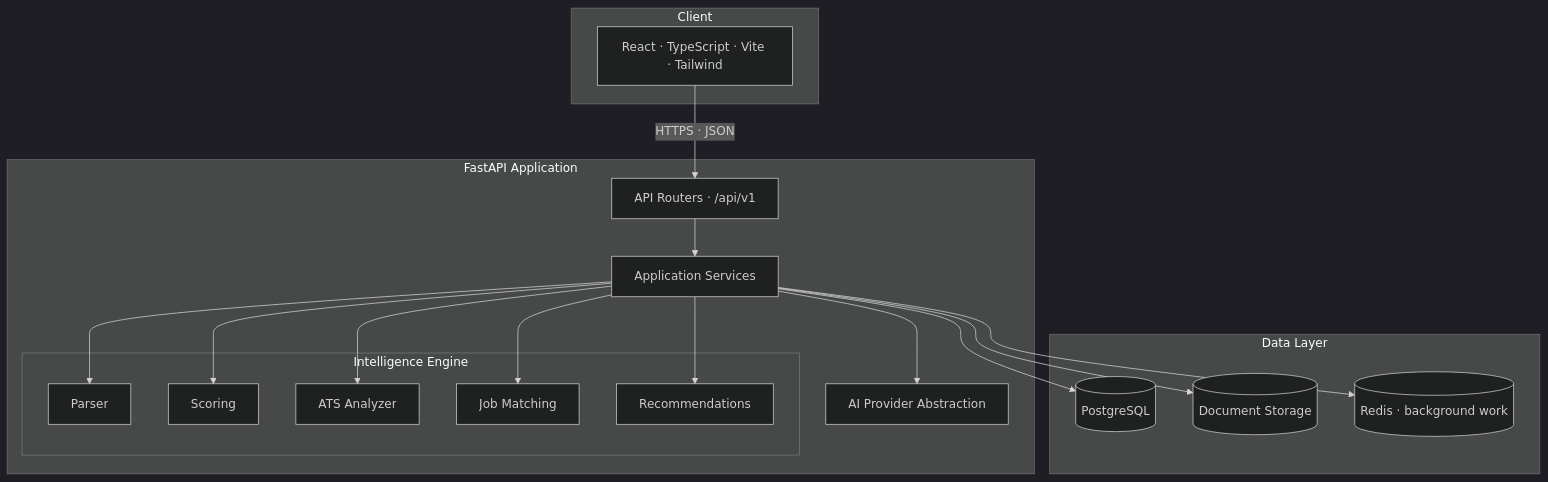
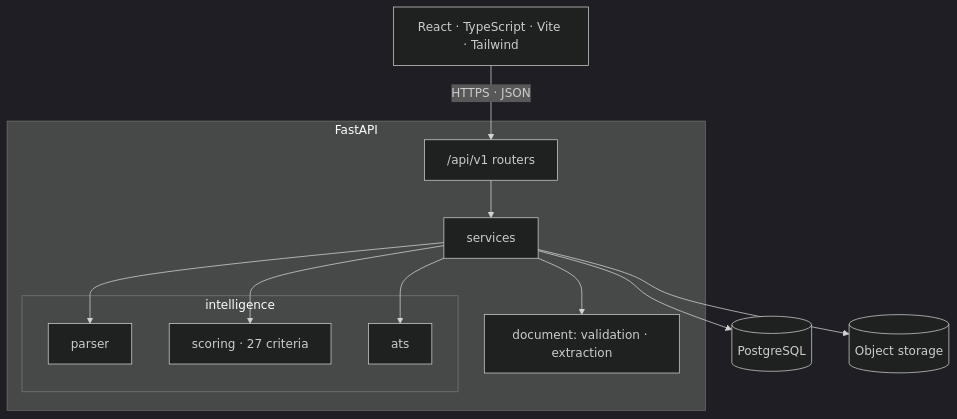
The second of 2 diagrams in README.md (tdzoro/Potencia), drawn with Mermaid (dark theme) before and after one commit. The commit also changed other lines of this file and 57 other files, not shown here.

First line of the commit message:
Implement the resume intelligence core: auth, parsing, scoring and ATS

````diff
--- a/README.md
+++ b/README.md
@@ -154,37 +179,25 @@
 ```mermaid
 flowchart TB
-    subgraph Client["Client"]
-        UI["React · TypeScript · Vite · Tailwind"]
+    UI["React · TypeScript · Vite · Tailwind"]
+    subgraph API["FastAPI"]
+        R["/api/v1 routers"]
+        S["services"]
+        subgraph INT["intelligence"]
+            P["parser"]
+            SC["scoring · 27 criteria"]
+            AT["ats"]
+        end
+        D["document: validation · extraction"]
     end
+    DB[("PostgreSQL")]
+    FS[("Object storage")]
 
-    subgraph Server["FastAPI Application"]
-        RT["API Routers · /api/v1"]
-        SV["Application Services"]
-        subgraph Intelligence["Intelligence Engine"]
-            PA["Parser"]
-            SC["Scoring"]
-            AT["ATS Analyzer"]
-            MA["Job Matching"]
-            RC["Recommendations"]
-        end
-        AIL["AI Provider Abstraction"]
-    end
-
-    subgraph Data["Data Layer"]
-        PG[("PostgreSQL")]
-        FS[("Document Storage")]
-        RD[("Redis · background work")]
-    end
-
-    UI -->|"HTTPS · JSON"| RT
-    RT --> SV
-    SV --> PA
-    SV --> SC
-    SV --> AT
-    SV --> MA
-    SV --> RC
-    SV --> AIL
-    SV --> PG
-    SV --> FS
-    SV --> RD
+    UI -->|"HTTPS · JSON"| R
+    R --> S
+    S --> P
+    S --> SC
+    S --> AT
+    S --> D
+    S --> DB
+    S --> FS
 ```
````
